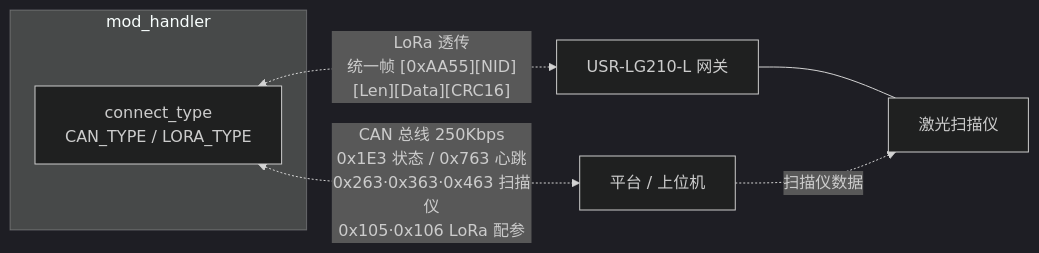
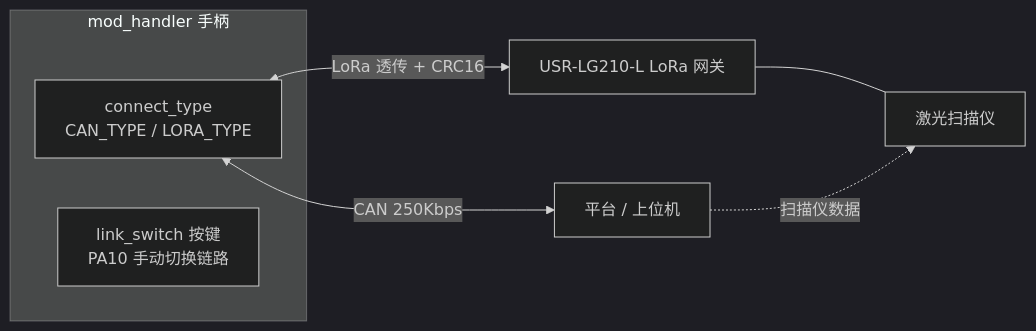
The second of 6 diagrams in docs/architecture.md (kabirz/zephyr_app), drawn with Mermaid (dark theme) before and after one commit. The commit also changed other lines of this file and 4 other files, not shown here.

First line of the commit message:
docs: fix mermaid rendering by localizing mermaid.js

````diff
--- a/docs/architecture.md
+++ b/docs/architecture.md
@@ -43,16 +43,16 @@
 ```mermaid
 flowchart LR
-    subgraph 手柄["mod_handler"]
+    subgraph H["mod_handler 手柄"]
         CTRL["connect_type<br/>CAN_TYPE / LORA_TYPE"]
+        SW["link_switch 按键<br/>PA10 手动切换链路"]
     end
 
     PLATFORM["平台 / 上位机"]
-    GW["USR-LG210-L 网关"]
+    GW["USR-LG210-L LoRa 网关"]
     SCANNER["激光扫描仪"]
 
-    CTRL <-. "CAN 总线 250Kbps<br/>0x1E3 状态 / 0x763 心跳<br/>0x263·0x363·0x463 扫描仪<br/>0x105·0x106 LoRa 配参" .-> PLATFORM
-    CTRL <-. "LoRa 透传<br/>统一帧 [0xAA55][NID][Len][Data][CRC16]" .-> GW
+    CTRL <-->|"CAN 250Kbps"| PLATFORM
+    CTRL <-->|"LoRa 透传 + CRC16"| GW
     GW --- SCANNER
-
-    PLATFORM -. "扫描仪数据" .-> SCANNER
+    PLATFORM -.->|"扫描仪数据"| SCANNER
 ```
````
